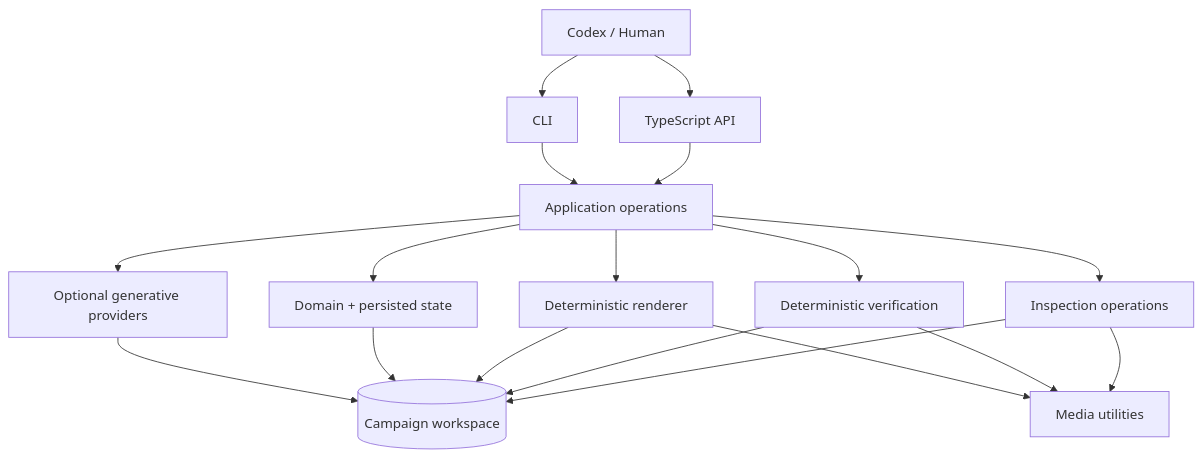
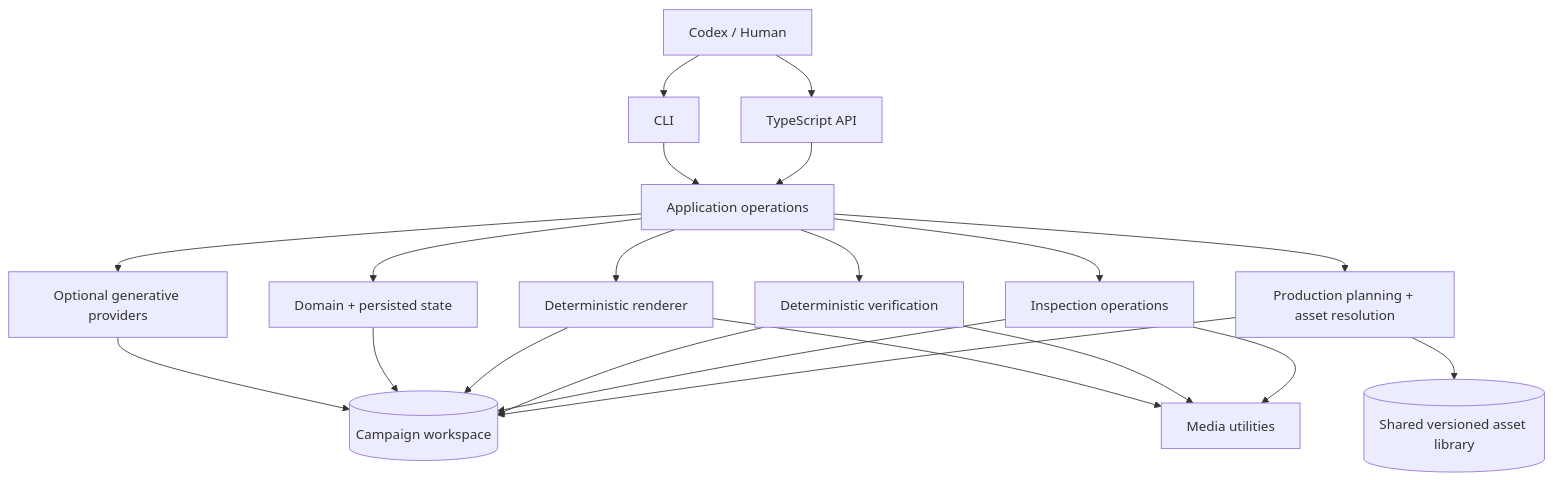
Before and after one commit to Coly010/videoer: the diagram in docs/architecture.md, drawn with Mermaid. The commit also changed other lines of this file and 1638 other files, not shown here.

````diff
--- a/docs/architecture.md
+++ b/docs/architecture.md
@@ -5,20 +5,23 @@
 ```mermaid
 flowchart TD
   Operator[Codex / Human] --> CLI
   Operator --> API[TypeScript API]
   CLI --> App[Application operations]
   API --> App
   App --> Domain[Domain + persisted state]
   App --> Providers[Optional generative providers]
   App --> Renderer[Deterministic renderer]
   App --> Verification[Deterministic verification]
   App --> Inspection[Inspection operations]
   Renderer --> Media[Media utilities]
   Verification --> Media
   Inspection --> Media
   Providers --> Workspace[(Campaign workspace)]
   Domain --> Workspace
   Renderer --> Workspace
   Verification --> Workspace
   Inspection --> Workspace
+  App --> Production[Production planning + asset resolution]
+  Production --> Library[(Shared versioned asset library)]
+  Production --> Workspace
 ```
````
